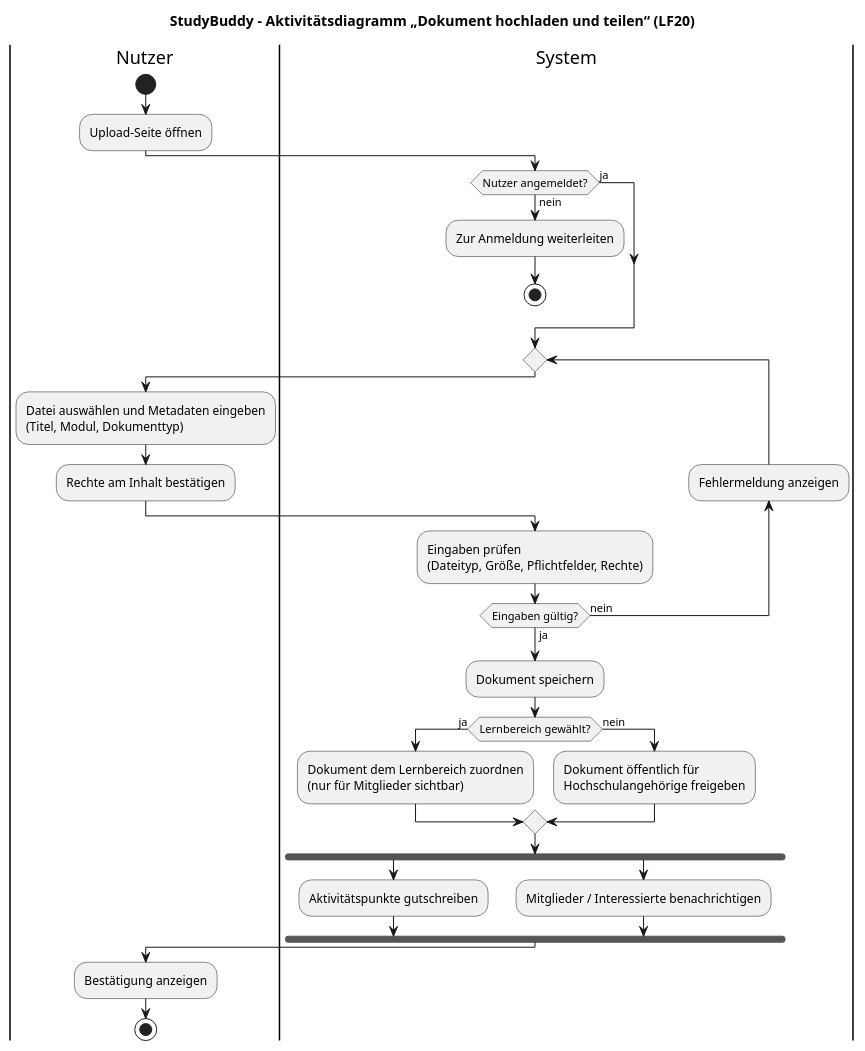
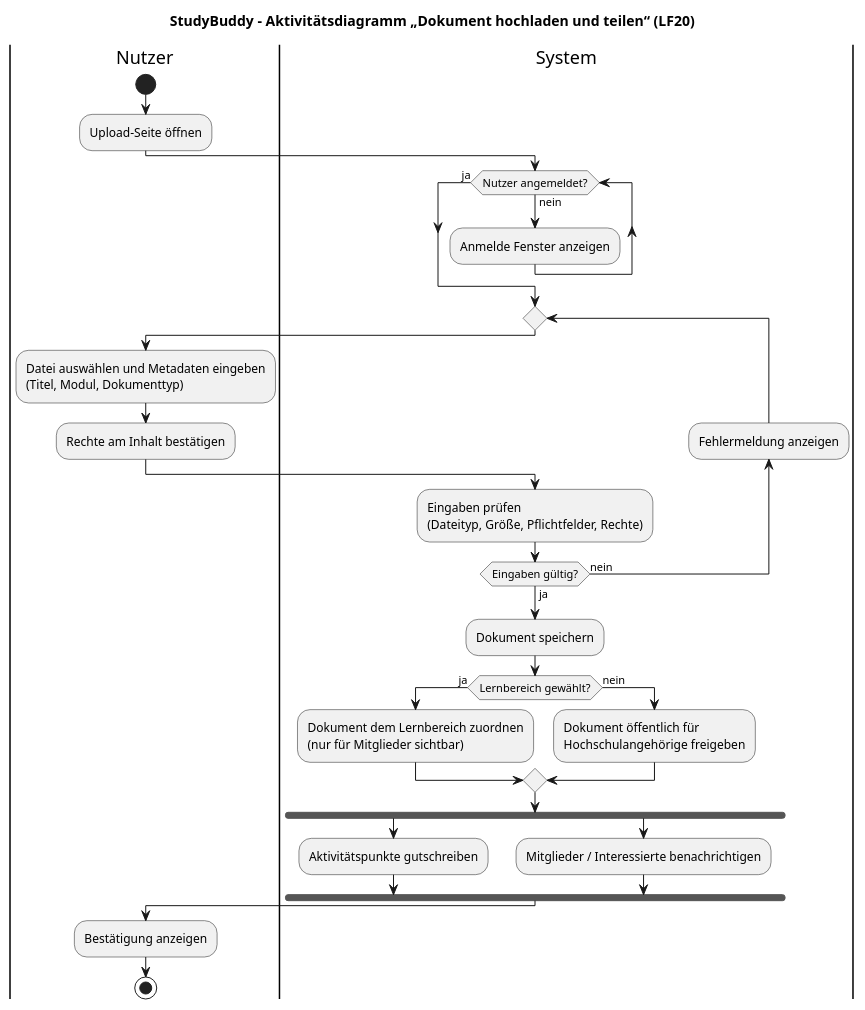
The diagram in docs/uml/aktivitaetsdiagramm-dokument-hochladen.puml (dpyoyqb/StudyBuddy), drawn with PlantUML before and after one commit. The commit also changed 2 other files, not shown here.

Commit message:
Diagramm "Dokument hochladen und teilen" angepasst Anmelde Fenster in schleife statt Weiterleitung zur Anmeldung

```diff
--- a/docs/uml/aktivitaetsdiagramm-dokument-hochladen.puml
+++ b/docs/uml/aktivitaetsdiagramm-dokument-hochladen.puml
@@ -1,39 +1,37 @@
 @startuml
 title StudyBuddy – Aktivitätsdiagramm „Dokument hochladen und teilen“ (LF20)
 
 |Nutzer|
 start
 :Upload-Seite öffnen;
 |System|
-if (Nutzer angemeldet?) then (nein)
-  :Zur Anmeldung weiterleiten;
-  stop
-else (ja)
-endif
+while (Nutzer angemeldet?) is (nein)
+  :Anmelde Fenster anzeigen;
+  endwhile (ja)
 repeat
   |Nutzer|
   :Datei auswählen und Metadaten eingeben
   (Titel, Modul, Dokumenttyp);
   :Rechte am Inhalt bestätigen;
   |System|
   :Eingaben prüfen
   (Dateityp, Größe, Pflichtfelder, Rechte);
   backward:Fehlermeldung anzeigen;
 repeat while (Eingaben gültig?) is (nein) not (ja)
 :Dokument speichern;
 if (Lernbereich gewählt?) then (ja)
   :Dokument dem Lernbereich zuordnen
   (nur für Mitglieder sichtbar);
 else (nein)
   :Dokument öffentlich für
   Hochschulangehörige freigeben;
 endif
 fork
   :Aktivitätspunkte gutschreiben;
 fork again
   :Mitglieder / Interessierte benachrichtigen;
 end fork
 |Nutzer|
 :Bestätigung anzeigen;
 stop
 @enduml
```
